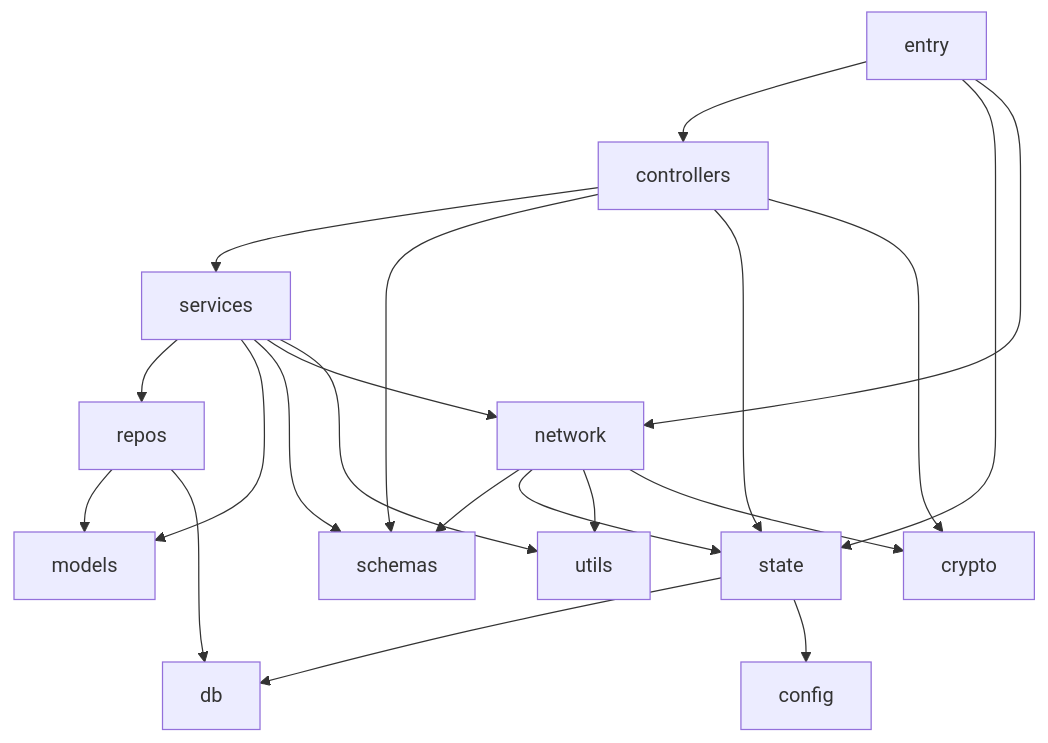
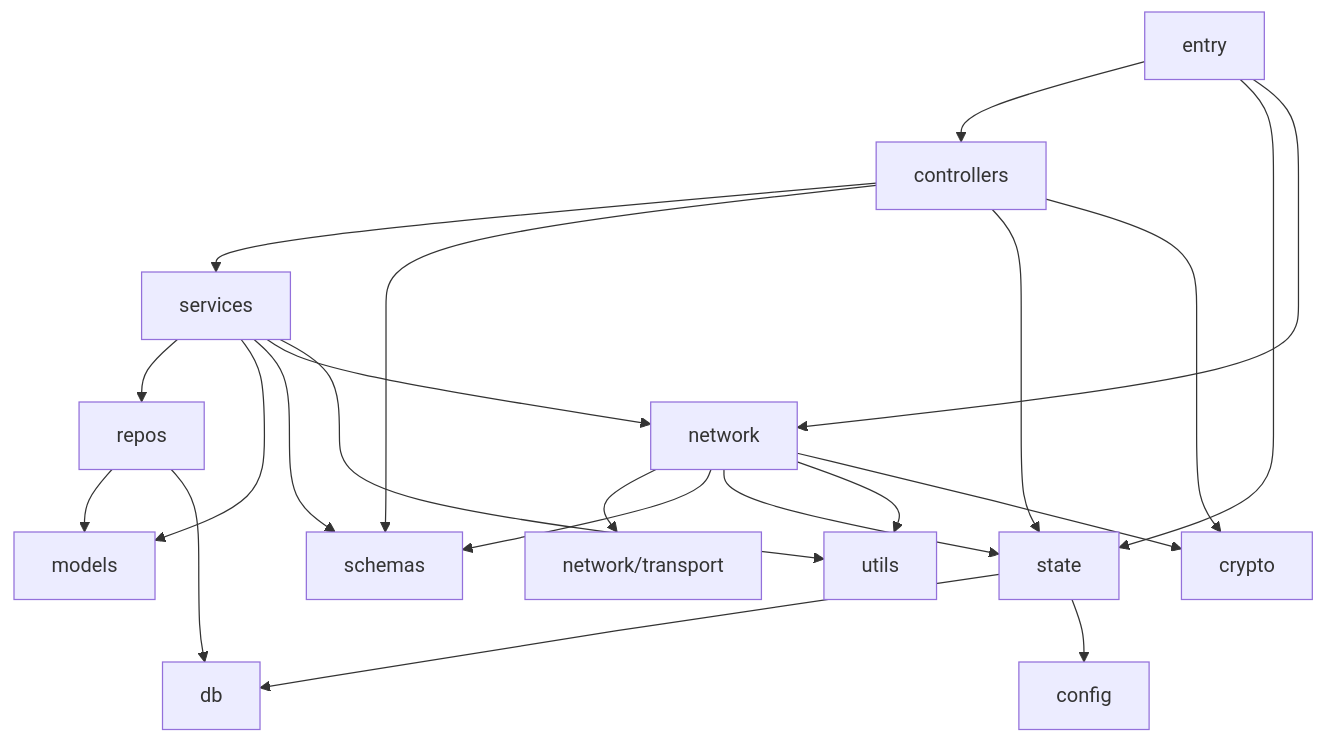
Before and after one commit to XiaoSong-dada/xs-examination: the third of 5 diagrams in .copilot/project-dependency-map.md, drawn with Mermaid. The commit also changed other lines of this file and 2 other files, not shown here.

````diff
--- a/.copilot/project-dependency-map.md
+++ b/.copilot/project-dependency-map.md
@@ -234,36 +235,38 @@
 ```mermaid
 graph TD
     REntry[entry]
     RCtrl[controllers]
     RSvc[services]
     RRepo[repos]
     RModel[models]
     RSchema[schemas]
     RNetwork[network]
+    RTransport[network/transport]
     RState[state]
     RDb[db]
     RConfig[config]
     RCrypto[crypto]
     RUtils[utils]
 
     REntry --> RCtrl
     REntry --> RState
     REntry --> RNetwork
     RCtrl --> RSvc
     RCtrl --> RSchema
     RCtrl --> RState
     RSvc --> RRepo
     RSvc --> RModel
     RSvc --> RSchema
     RSvc --> RNetwork
     RSvc --> RUtils
+    RNetwork --> RTransport
     RRepo --> RModel
     RRepo --> RDb
     RNetwork --> RSchema
     RNetwork --> RState
     RNetwork --> RUtils
     RState --> RDb
     RState --> RConfig
     RCtrl --> RCrypto
     RNetwork --> RCrypto
 ```
````
